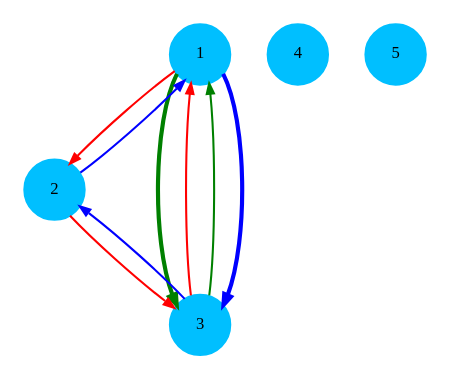
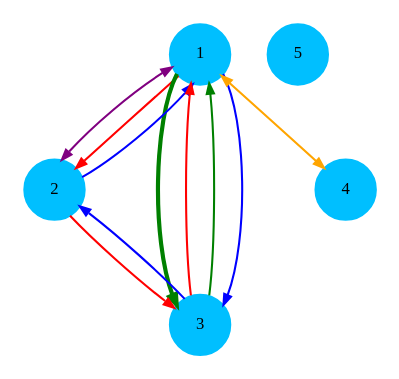
Before and after one commit to sanak/pgrouting: the third of 3 diagrams in doc/circuits/pgr_hawickUniqueCircuits.rst, drawn with Graphviz. The commit also changed other lines of this file and 4 other files, not shown here.

```diff
--- a/doc/circuits/pgr_hawickUniqueCircuits.rst
+++ b/doc/circuits/pgr_hawickUniqueCircuits.rst
@@ -236,21 +242,21 @@
 .. graphviz::
 
    digraph G {
        forcelabels=true;
      graph [splines=line, sep=1];
      node [shape=circle;style=filled;fontsize=8;fixedsize=true;width=.4;color=deepskyblue];
      edge [arrowsize=0.5;fontsize=8];
 
      1 [pos="0,0!"];
      2 [pos="0,2!"];
      3 [pos="2,1!"];
      4 [pos="-1,0!"];
      5 [pos="-1,1!"];
 
-
+     1 -> 2 [color=purple,dir=both];
      1 -> 2 -> 3 -> 1 [color=red];
      1 -> 3 [color=green,penwidth=2];
      3 -> 1 [color=green];
-     1 -> 3 [color=blue,penwidth=2];
-     3 -> 2 -> 1[color=blue];
+     1 -> 3 -> 2 -> 1 [color=blue];
+     1 -> 4 [color=orange,dir=both]
    }
```
